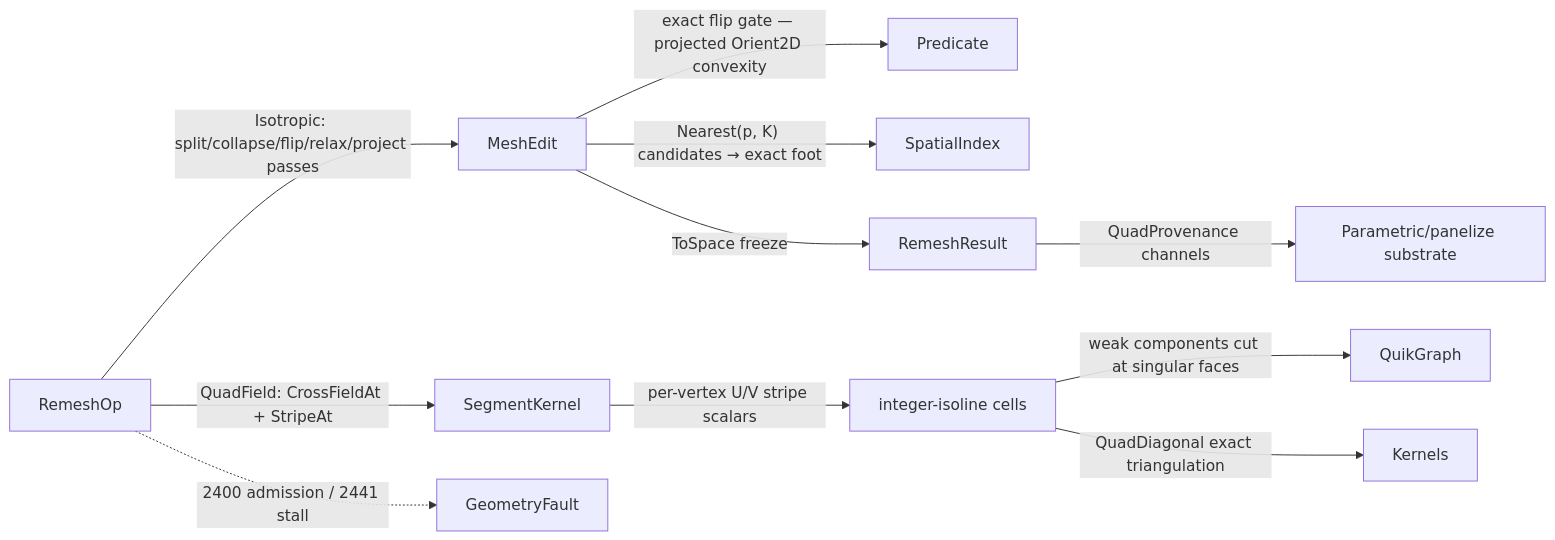
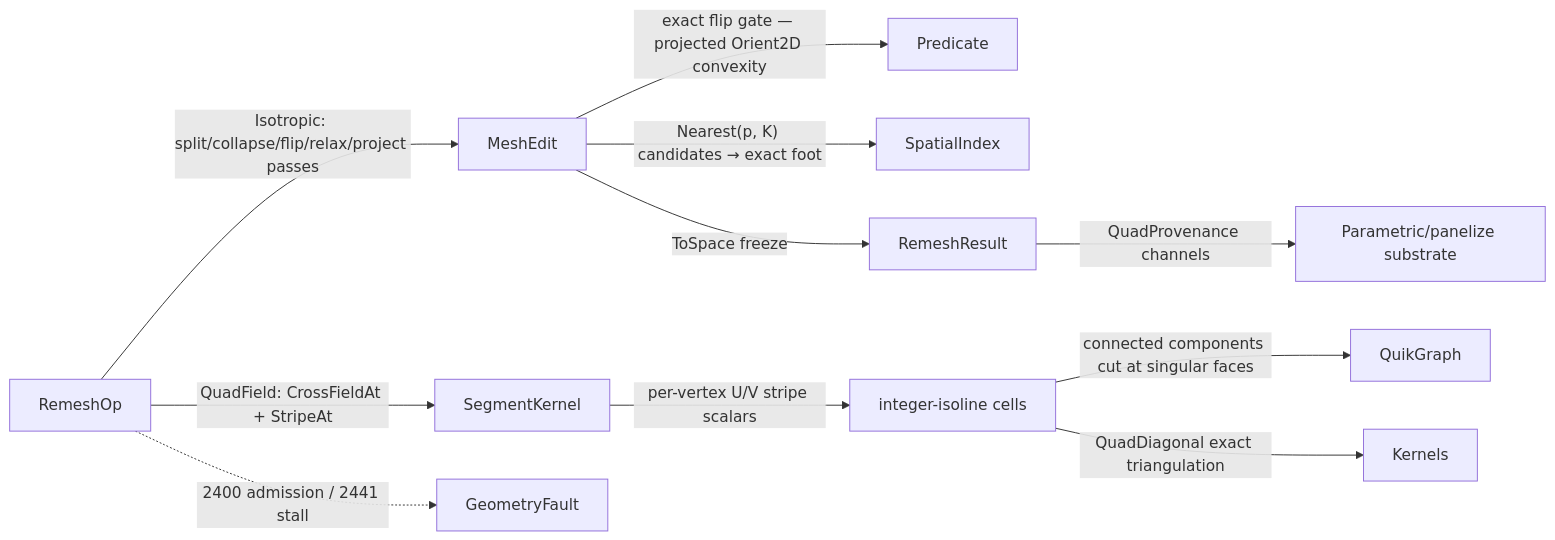
One commit to bsamiee/Rasm changed the diagram in libs/csharp/Rasm/.planning/Processing/remesh.md. Above: the diagram before and after it, drawn with Mermaid. The commit also changed other lines of this file and 71 other files, not shown here.

````diff
--- a/libs/csharp/Rasm/.planning/Processing/remesh.md
+++ b/libs/csharp/Rasm/.planning/Processing/remesh.md
@@ -540,13 +559,13 @@
 ```mermaid
 flowchart LR
     RemeshOp -->|Isotropic: split/collapse/flip/relax/project passes| MeshEdit
     MeshEdit -->|exact flip gate — projected Orient2D convexity| Predicate
     MeshEdit -->|"Nearest(p, K) candidates → exact foot"| SpatialIndex
     RemeshOp -->|QuadField: CrossFieldAt + StripeAt| SegmentKernel
     SegmentKernel -->|per-vertex U/V stripe scalars| Extraction["integer-isoline cells"]
-    Extraction -->|weak components cut at singular faces| QuikGraph
+    Extraction -->|connected components cut at singular faces| QuikGraph
     Extraction -->|QuadDiagonal exact triangulation| Kernels
     MeshEdit -->|ToSpace freeze| RemeshResult
     RemeshResult -->|QuadProvenance channels| Panelize["Parametric/panelize substrate"]
     RemeshOp -.->|2400 admission / 2441 stall| GeometryFault
 ```
````
